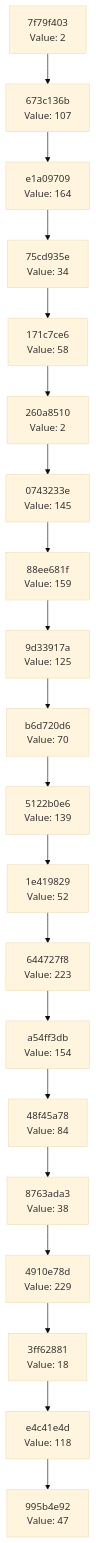
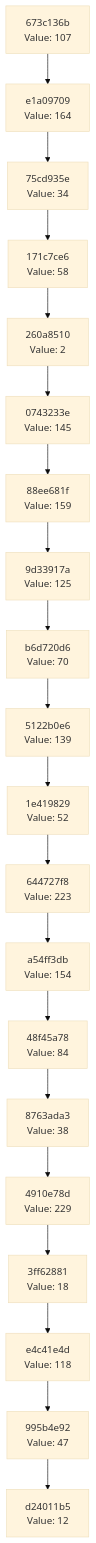
The diagram in docs/CHAIN_VISUALIZATION.md (Abhisheksinha1506/hash-chain-evolver), drawn with Mermaid (base theme) before and after one commit. The commit also changed 3 other files, not shown here.

````diff
--- a/docs/CHAIN_VISUALIZATION.md
+++ b/docs/CHAIN_VISUALIZATION.md
@@ -3,42 +3,42 @@
 ```mermaid
 graph TD
-    C0["995b4e92<br/>Value: 47"]
-    C1["e4c41e4d<br/>Value: 118"]
+    C0["d24011b5<br/>Value: 12"]
+    C1["995b4e92<br/>Value: 47"]
     C1 --> C0
-    C2["3ff62881<br/>Value: 18"]
+    C2["e4c41e4d<br/>Value: 118"]
     C2 --> C1
-    C3["4910e78d<br/>Value: 229"]
+    C3["3ff62881<br/>Value: 18"]
     C3 --> C2
-    C4["8763ada3<br/>Value: 38"]
+    C4["4910e78d<br/>Value: 229"]
     C4 --> C3
-    C5["48f45a78<br/>Value: 84"]
+    C5["8763ada3<br/>Value: 38"]
     C5 --> C4
-    C6["a54ff3db<br/>Value: 154"]
+    C6["48f45a78<br/>Value: 84"]
     C6 --> C5
-    C7["644727f8<br/>Value: 223"]
+    C7["a54ff3db<br/>Value: 154"]
     C7 --> C6
-    C8["1e419829<br/>Value: 52"]
+    C8["644727f8<br/>Value: 223"]
     C8 --> C7
-    C9["5122b0e6<br/>Value: 139"]
+    C9["1e419829<br/>Value: 52"]
     C9 --> C8
-    C10["b6d720d6<br/>Value: 70"]
+    C10["5122b0e6<br/>Value: 139"]
     C10 --> C9
-    C11["9d33917a<br/>Value: 125"]
+    C11["b6d720d6<br/>Value: 70"]
     C11 --> C10
-    C12["88ee681f<br/>Value: 159"]
+    C12["9d33917a<br/>Value: 125"]
     C12 --> C11
-    C13["0743233e<br/>Value: 145"]
+    C13["88ee681f<br/>Value: 159"]
     C13 --> C12
-    C14["260a8510<br/>Value: 2"]
+    C14["0743233e<br/>Value: 145"]
     C14 --> C13
-    C15["171c7ce6<br/>Value: 58"]
+    C15["260a8510<br/>Value: 2"]
     C15 --> C14
-    C16["75cd935e<br/>Value: 34"]
+    C16["171c7ce6<br/>Value: 58"]
     C16 --> C15
-    C17["e1a09709<br/>Value: 164"]
+    C17["75cd935e<br/>Value: 34"]
     C17 --> C16
-    C18["673c136b<br/>Value: 107"]
+    C18["e1a09709<br/>Value: 164"]
     C18 --> C17
-    C19["7f79f403<br/>Value: 2"]
+    C19["673c136b<br/>Value: 107"]
     C19 --> C18
 ```
````
